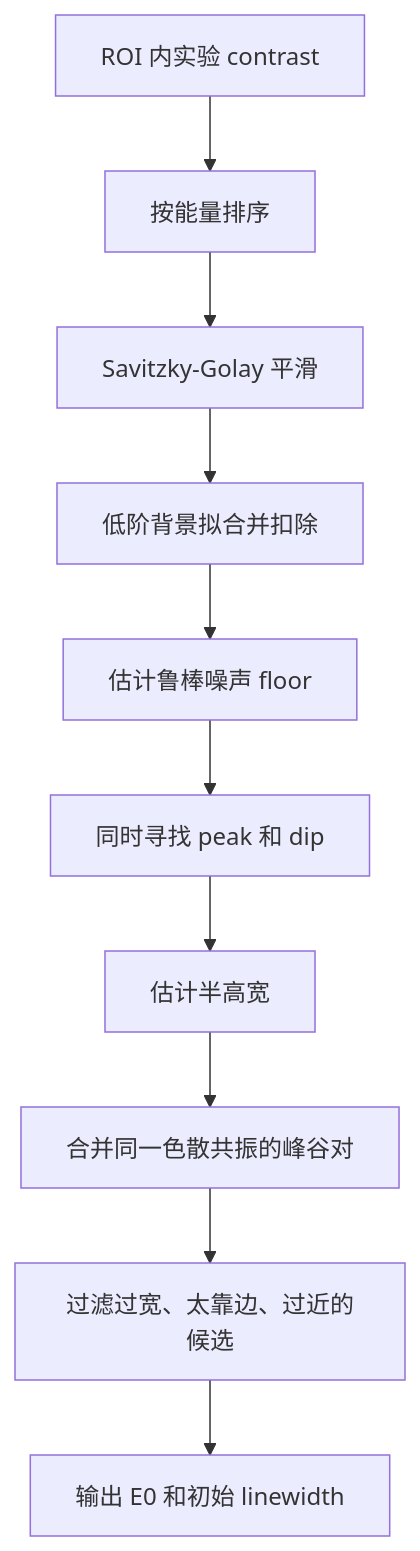
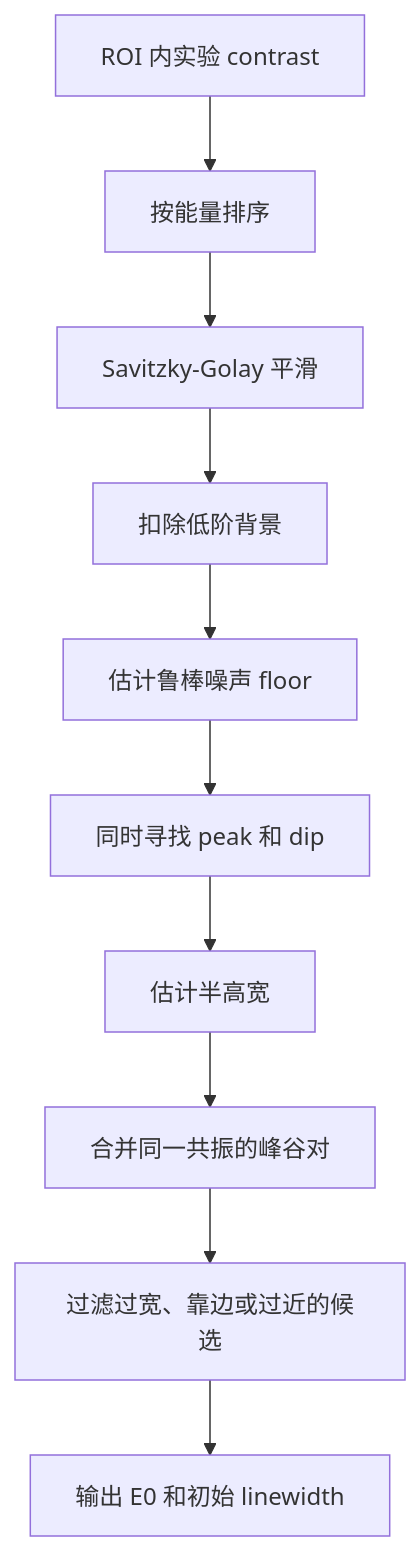
One commit to joeyijun/2D-Material-Reflectiance-Fitting changed the third of 4 diagrams in docs/PHYSICS_AND_FITTING.md. Above: the diagram before and after it, drawn with Mermaid. The commit also changed other lines of this file, not shown here.

````diff
--- a/docs/PHYSICS_AND_FITTING.md
+++ b/docs/PHYSICS_AND_FITTING.md
@@ -294,12 +294,12 @@
 ```mermaid
 flowchart TD
-    A[ROI 内实验 contrast] --> B[按能量排序]
-    B --> C[Savitzky-Golay 平滑]
-    C --> D[低阶背景拟合并扣除]
-    D --> E[估计鲁棒噪声 floor]
-    E --> F[同时寻找 peak 和 dip]
-    F --> G[估计半高宽]
-    G --> H[合并同一色散共振的峰谷对]
-    H --> I[过滤过宽、太靠边、过近的候选]
-    I --> J[输出 E0 和初始 linewidth]
+    A["ROI 内实验 contrast"] --> B["按能量排序"]
+    B --> C["Savitzky-Golay 平滑"]
+    C --> D["扣除低阶背景"]
+    D --> E["估计鲁棒噪声 floor"]
+    E --> F["同时寻找 peak 和 dip"]
+    F --> G["估计半高宽"]
+    G --> H["合并同一共振的峰谷对"]
+    H --> I["过滤过宽、靠边或过近的候选"]
+    I --> J["输出 E0 和初始 linewidth"]
 ```
````
